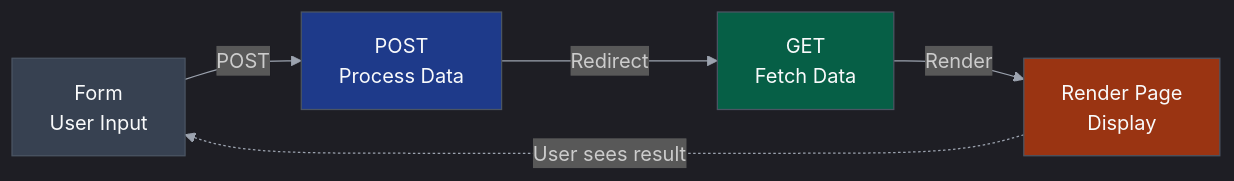
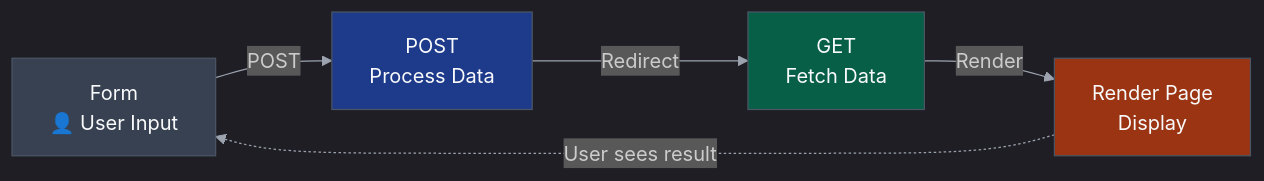
One commit to gtuck/web3400-Course-Docs changed the first of 3 diagrams in _lectures/decks/prg-to-mvc.md. Above: the diagram before and after it, drawn with Mermaid. The commit also changed other lines of this file, not shown here.

````diff
--- a/_lectures/decks/prg-to-mvc.md
+++ b/_lectures/decks/prg-to-mvc.md
@@ -78,13 +78,13 @@
 ```mermaid
 %%{init: {'theme':'dark', 'themeVariables': { 'primaryColor':'#1E3A8A','primaryTextColor':'#F9FAFB','primaryBorderColor':'#4B5563','lineColor':'#9CA3AF','secondaryColor':'#065F46','tertiaryColor':'#9A3412'}}}%%
 graph LR
-    A[Form<br/>User Input] -->|POST| B[POST<br/>Process Data]
+    A[Form<br/>👤 User Input] -->|POST| B[POST<br/>Process Data]
     B -->|Redirect| C[GET<br/>Fetch Data]
     C -->|Render| D[Render Page<br/>Display]
     D -.->|User sees result| A
     
     style A fill:#374151,stroke:#4B5563,color:#F9FAFB
     style B fill:#1E3A8A,stroke:#4B5563,color:#F9FAFB
     style C fill:#065F46,stroke:#4B5563,color:#F9FAFB
     style D fill:#9A3412,stroke:#4B5563,color:#F9FAFB
 ```
````
